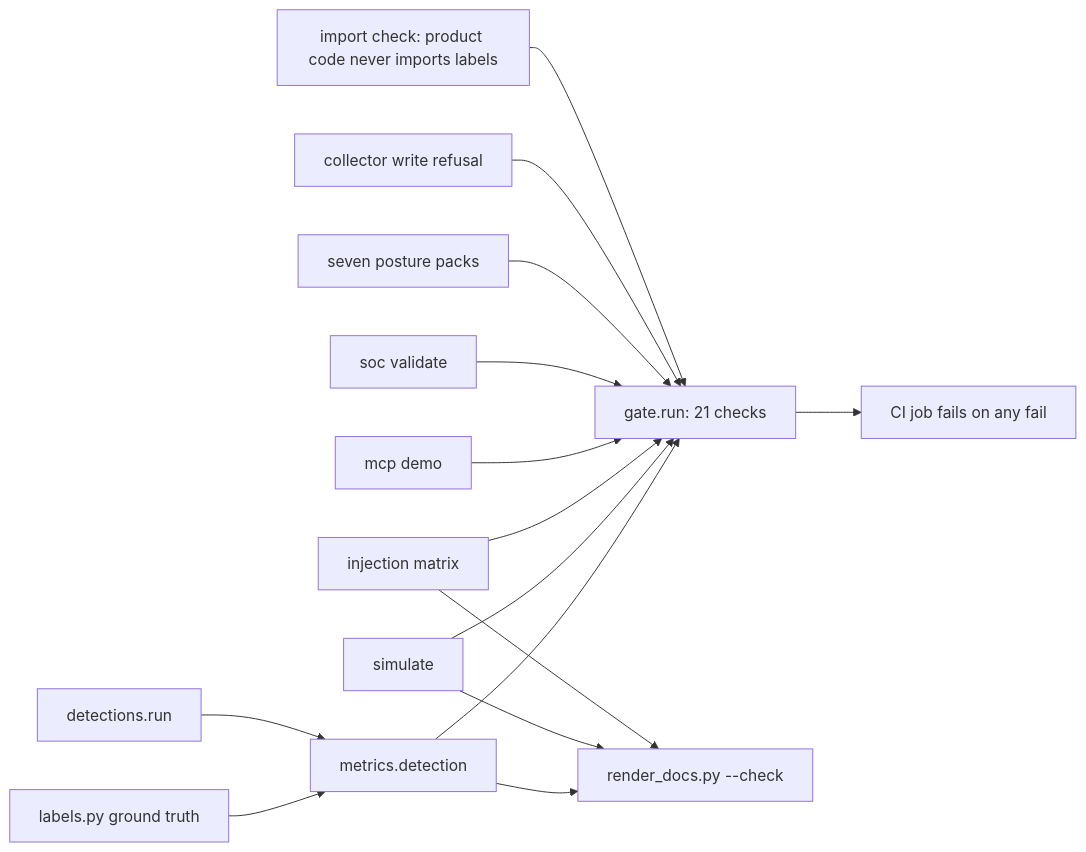
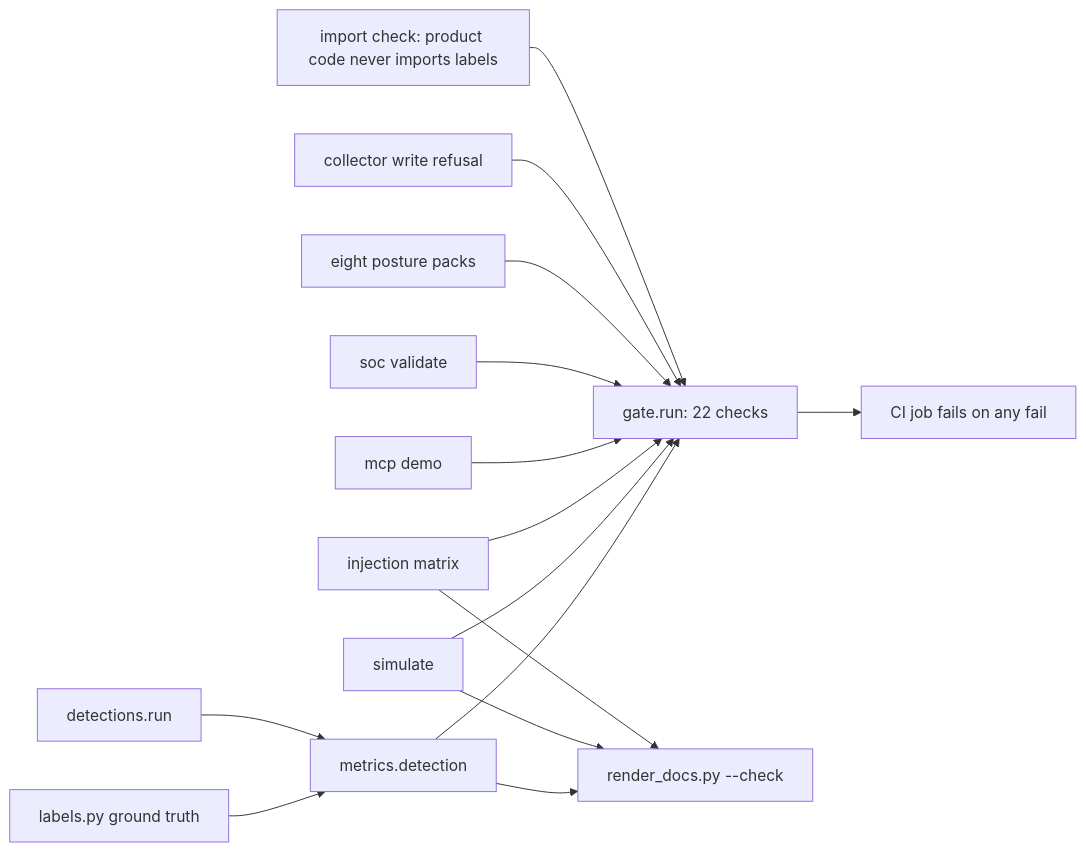
The diagram in docs/components/metrics-gate.md (jagadishmazure-jpg/Jagadish-agent-identity-security), drawn with Mermaid before and after one commit. The commit also changed other lines of this file and 21 other files, not shown here.

````diff
--- a/docs/components/metrics-gate.md
+++ b/docs/components/metrics-gate.md
@@ -16,15 +16,15 @@
 ```mermaid
 flowchart LR
   L[labels.py ground truth] --> M[metrics.detection]
   D[detections.run] --> M
-  M --> G[gate.run: 21 checks]
+  M --> G[gate.run: 22 checks]
   SIM[simulate] --> G
   INJ[injection matrix] --> G
   MCP[mcp demo] --> G
   SOC[soc validate] --> G
-  PK[seven posture packs] --> G
+  PK[eight posture packs] --> G
   HTTP[collector write refusal] --> G
   AST[import check: product code never imports labels] --> G
   G --> CI[CI job fails on any fail]
   M & SIM & INJ --> RD[render_docs.py --check]
 ```
````
